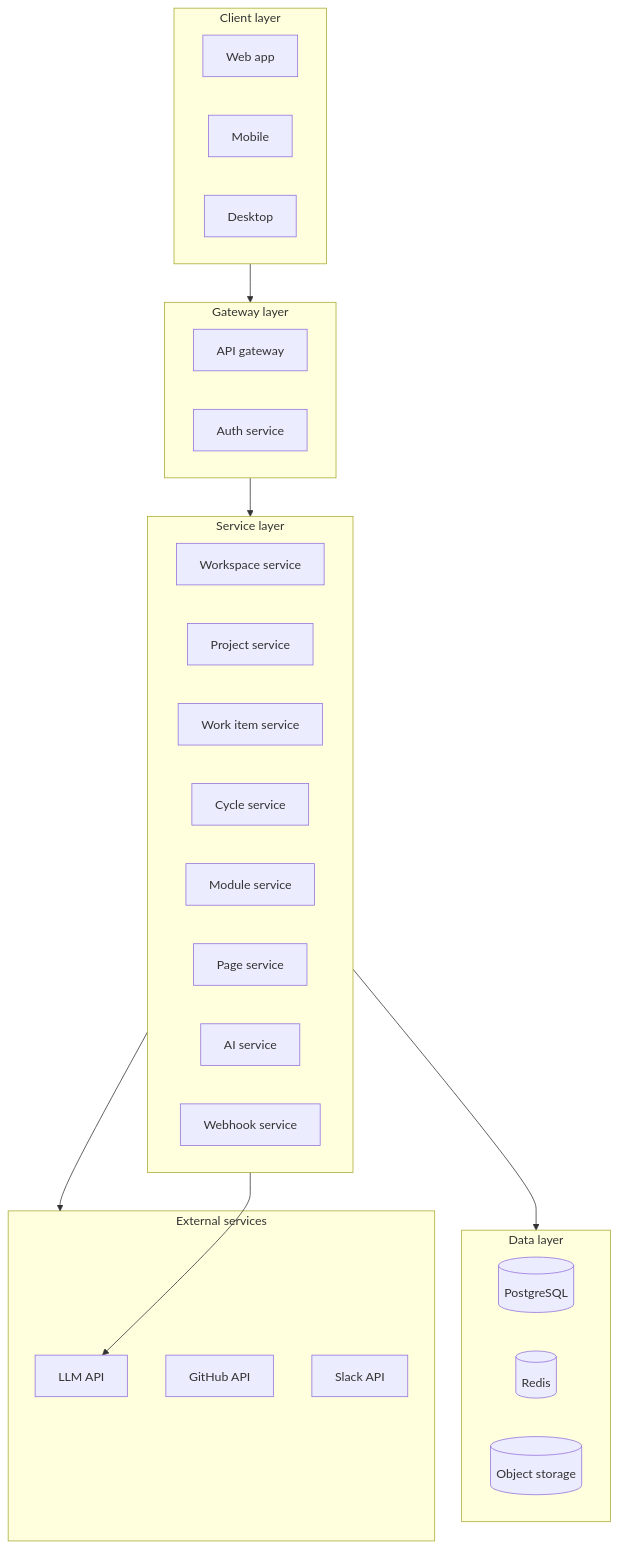
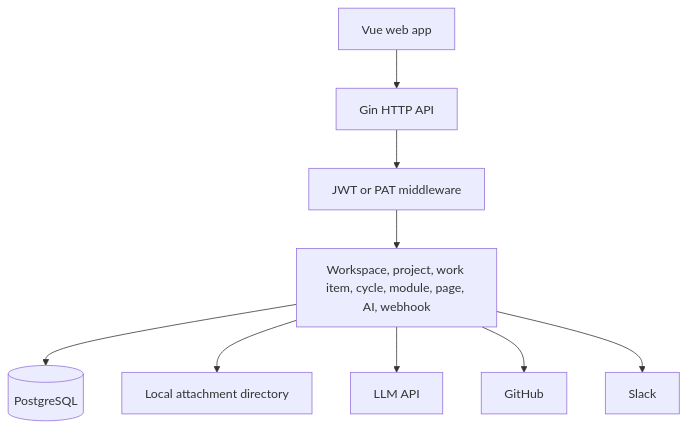
The ninth of 10 diagrams in docs/kb/PRD.en.md (vinthuy/reqmango), drawn with Mermaid before and after one commit. The commit also changed other lines of this file and 2 other files, not shown here.

````diff
--- a/docs/kb/PRD.en.md
+++ b/docs/kb/PRD.en.md
@@ -600,42 +595,11 @@
 ```mermaid
 flowchart TB
-    subgraph Client["Client layer"]
-        Web[Web app]
-        Mobile[Mobile]
-        Desktop[Desktop]
-    end
-
-    subgraph Gateway["Gateway layer"]
-        API[API gateway]
-        Auth[Auth service]
-    end
-
-    subgraph Service["Service layer"]
-        Workspace[Workspace service]
-        Project[Project service]
-        WorkItem[Work item service]
-        Cycle[Cycle service]
-        Module[Module service]
-        Page[Page service]
-        AI[AI service]
-        Webhook[Webhook service]
-    end
-
-    subgraph Data["Data layer"]
-        DB[(PostgreSQL)]
-        Cache[(Redis)]
-        Storage[(Object storage)]
-    end
-
-    subgraph External["External services"]
-        LLM[LLM API]
-        GitHub[GitHub API]
-        Slack[Slack API]
-    end
-
-    Client --> Gateway
-    Gateway --> Service
-    Service --> Data
-    Service --> External
-    Service --> LLM
+    Web[Vue web app] --> API[Gin HTTP API]
+    API --> Auth[JWT or PAT middleware]
+    Auth --> Handlers[Workspace, project, work item, cycle, module, page, AI, webhook]
+    Handlers --> DB[(PostgreSQL)]
+    Handlers --> Files[Local attachment directory]
+    Handlers --> LLM[LLM API]
+    Handlers --> GitHub[GitHub]
+    Handlers --> Slack[Slack]
 ```
````
